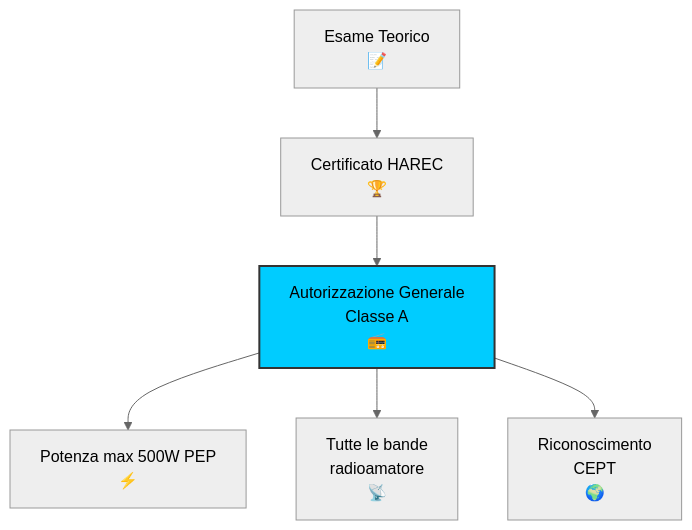
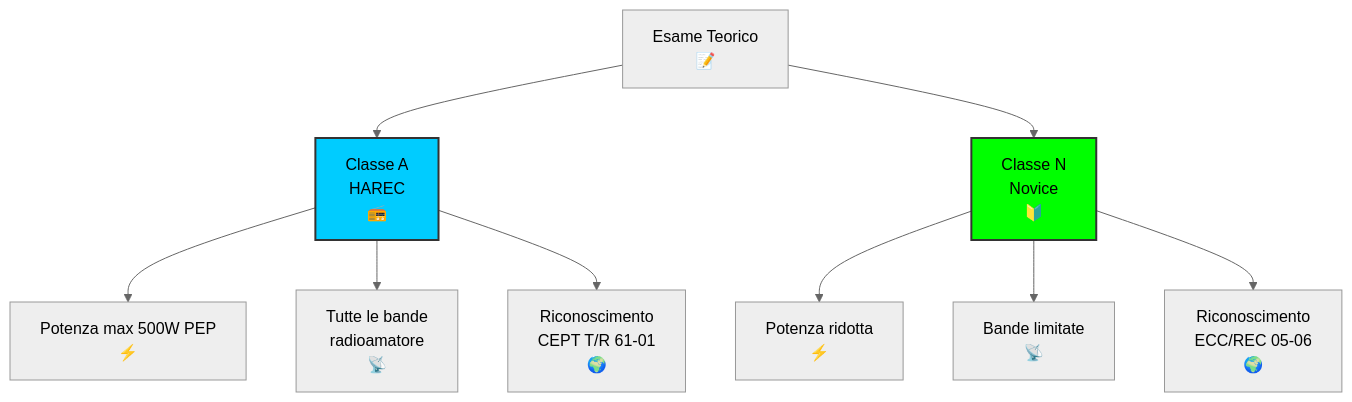
The third of 4 diagrams in website/docs/C_Regolamentazione/3_Legislazione_Nazionale.md (IU6VYG/esame-radioamatori), drawn with Mermaid (neutral theme) before and after one commit. The commit also changed other lines of this file and 32 other files, not shown here.

````diff
--- a/website/docs/C_Regolamentazione/3_Legislazione_Nazionale.md
+++ b/website/docs/C_Regolamentazione/3_Legislazione_Nazionale.md
@@ -111,10 +113,15 @@
 ```mermaid
 graph TD;
-    Esame["Esame Teorico<br>📝"] --> HAREC["Certificato HAREC<br>🏆"];
-    HAREC --> AutorizzazioneGenerale["Autorizzazione Generale<br>Classe A<br>📻"];
-    AutorizzazioneGenerale --> Potenza["Potenza max 500W PEP<br>⚡"];
-    AutorizzazioneGenerale --> Bande["Tutte le bande<br>radioamatore<br>📡"];
-    AutorizzazioneGenerale --> CEPT["Riconoscimento<br>CEPT<br>🌍"];
-    classDef classe fill:#0cf,stroke:#333,stroke-width:2px;
-    class AutorizzazioneGenerale classe;
+    Esame["Esame Teorico<br>📝"] --> ClasseA["Classe A<br>HAREC<br>📻"];
+    Esame --> ClasseN["Classe N<br>Novice<br>🔰"];
+    ClasseA --> PotenzaA["Potenza max 500W PEP<br>⚡"];
+    ClasseA --> BandeA["Tutte le bande<br>radioamatore<br>📡"];
+    ClasseA --> CEPT["Riconoscimento<br>CEPT T/R 61-01<br>🌍"];
+    ClasseN --> PotenzaN["Potenza ridotta<br>⚡"];
+    ClasseN --> BandeN["Bande limitate<br>📡"];
+    ClasseN --> CEPTNovice["Riconoscimento<br>ECC/REC 05-06<br>🌍"];
+    classDef classeA fill:#0cf,stroke:#333,stroke-width:2px;
+    class ClasseA classeA;
+    classDef classeN fill:#0f0,stroke:#333,stroke-width:2px;
+    class ClasseN classeN;
 ```
````
